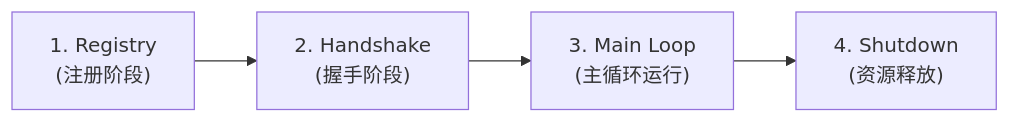
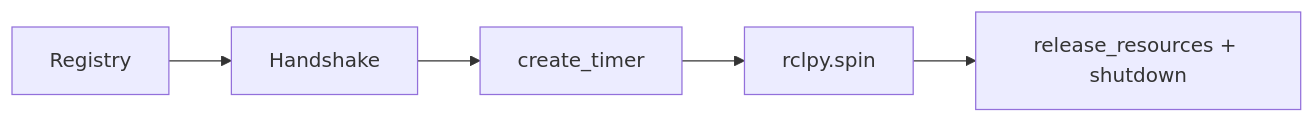
One commit to 11chens/ros_base_doc changed the second of 2 diagrams in docs/quick-start/architecture.md. Above: the diagram before and after it, drawn with Mermaid. The commit also changed other lines of this file and 30 other files, not shown here.

````diff
--- a/docs/quick-start/architecture.md
+++ b/docs/quick-start/architecture.md
@@ -124,6 +75,7 @@
 ```mermaid
 graph LR
-    A["1. Registry<br>(注册阶段)"] --> B["2. Handshake<br>(握手阶段)"]
-    B --> C["3. Main Loop<br>(主循环运行)"]
-    C --> D["4. Shutdown<br>(资源释放)"]
+    A["Registry"] --> B["Handshake"]
+    B --> C["create_timer"]
+    C --> D["rclpy.spin"]
+    D --> E["release_resources + shutdown"]
 ```
````
